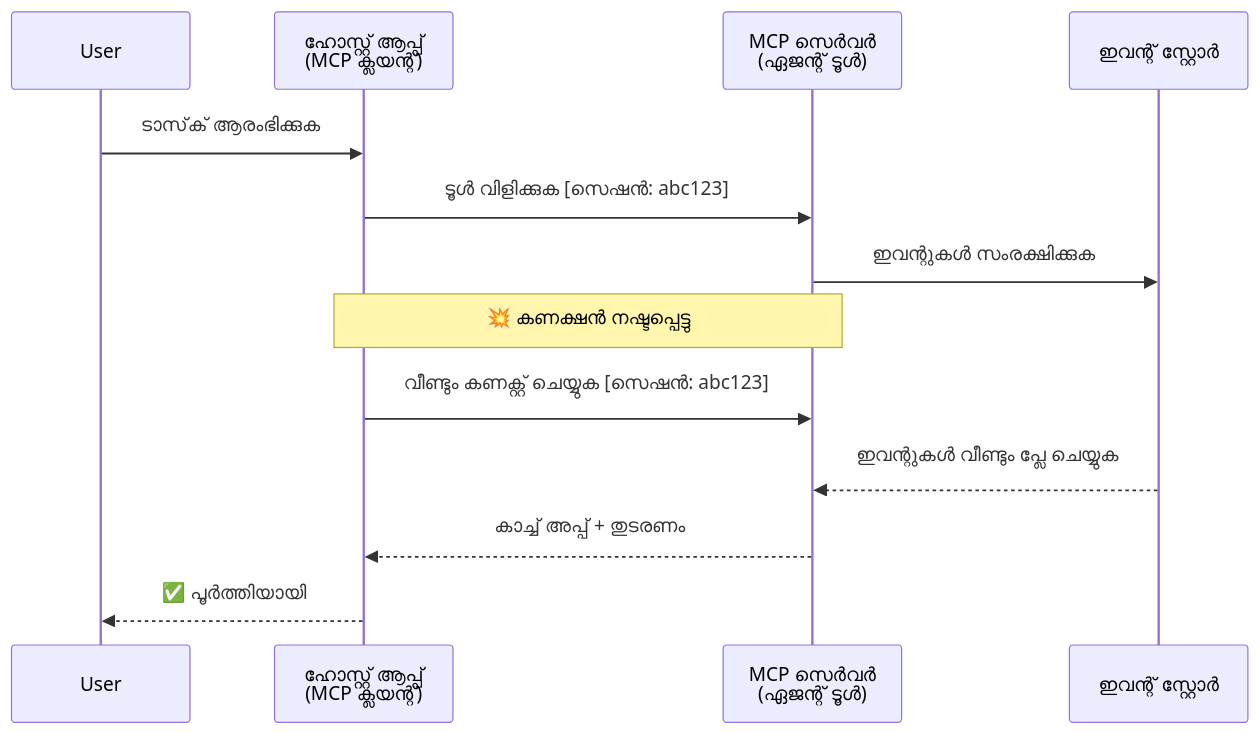
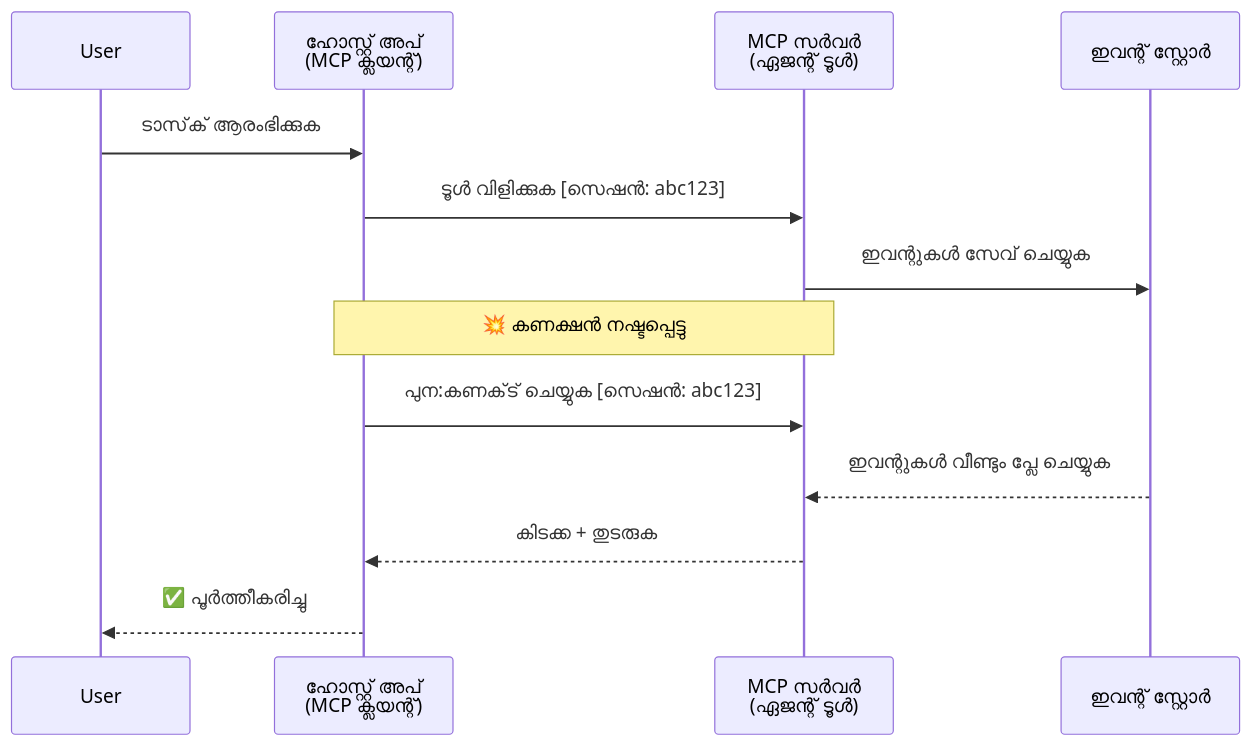
Before and after one commit to gabrielmoreira/agent-skills-mirror: the second of 5 diagrams in mirrors/repos/microsoft@ai-agents-for-beginners/translations/ml/11-agentic-protocols/code_samples/mcp-agents/README.md, drawn with Mermaid. The commit also changed other lines of this file and 4482 other files, not shown here.

````diff
--- a/mirrors/repos/microsoft@ai-agents-for-beginners/translations/ml/11-agentic-protocols/code_samples/mcp-agents/README.md
+++ b/mirrors/repos/microsoft@ai-agents-for-beginners/translations/ml/11-agentic-protocols/code_samples/mcp-agents/README.md
@@ -81,18 +82,18 @@
 ```mermaid
 sequenceDiagram
     participant User
-    participant Host as ഹോസ്റ്റ് ആപ്പ്<br/>(MCP ക്ലയന്റ്)
-    participant Server as MCP സെർവർ<br/>(ഏജന്റ് ടൂൾ)
+    participant Host as ഹോസ്റ്റ് അപ്<br/>(MCP ക്ലയന്റ്)
+    participant Server as MCP സർവർ<br/>(ഏജന്റ് ടൂൾ)
     participant Store as ഇവന്റ് സ്റ്റോർ
 
     User->>Host: ടാസ്‌ക് ആരംഭിക്കുക
     Host->>Server: ടൂൾ വിളിക്കുക [സെഷൻ: abc123]
-    Server->>Store: ഇവന്റുകൾ സംരക്ഷിക്കുക
+    Server->>Store: ഇവന്റുകൾ സേവ് ചെയ്യുക
 
     Note over Host,Server: 💥 കണക്ഷൻ നഷ്ടപ്പെട്ടു
 
-    Host->>Server: വീണ്ടും കണക്റ്റ് ചെയ്യുക [സെഷൻ: abc123]
+    Host->>Server: പുന:കണക്‌ട് ചെയ്യുക [സെഷൻ: abc123]
     Store-->>Server: ഇവന്റുകൾ വീണ്ടും പ്ലേ ചെയ്യുക
-    Server-->>Host: കാച്ച് അപ്പ് + തുടരണം
-    Host-->>User: ✅ പൂർത്തിയായി
+    Server-->>Host: കിടക്ക + തുടരുക
+    Host-->>User: ✅ പൂര്‍ത്തീകരിച്ചു
 ```
````
